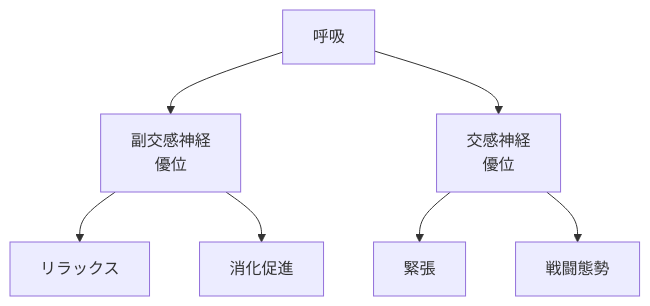
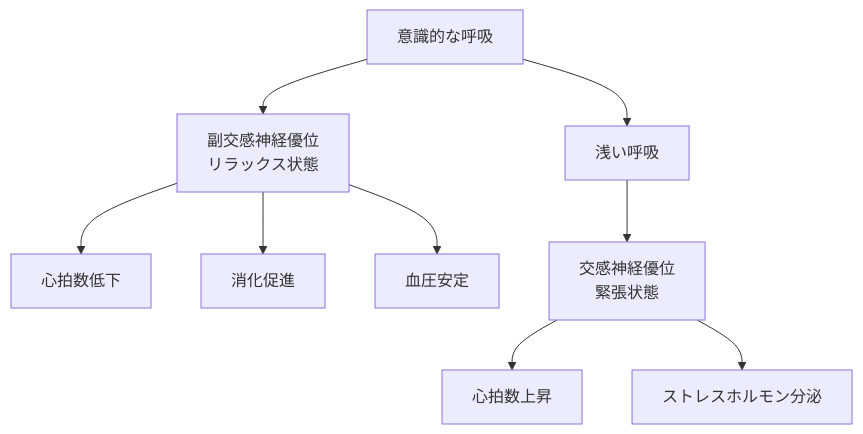
Before and after one commit to tndg16-bot/portfolio-site: the first of 3 diagrams in content/blog/296-breathing-nervous-system-control.md, drawn with Mermaid. The commit also changed other lines of this file and 19 other files, not shown here.

````diff
--- a/content/blog/296-breathing-nervous-system-control.md
+++ b/content/blog/296-breathing-nervous-system-control.md
@@ -34,11 +31,13 @@
 ```mermaid
 graph TD
-    A[呼吸]
-    A --> B[副交感神経<br/>優位]
-    B --> C[リラックス]
+    A[意識的な呼吸]
+    A --> B[副交感神経優位<br/>リラックス状態]
+    B --> C[心拍数低下]
     B --> D[消化促進]
+    B --> E[血圧安定]
     
-    A --> E[交感神経<br/>優位]
-    E --> F[緊張]
-    E --> G[戦闘態勢]
+    A --> F[浅い呼吸]
+    F --> G[交感神経優位<br/>緊張状態]
+    G --> H[心拍数上昇]
+    G --> I[ストレスホルモン分泌]
 ```
````
